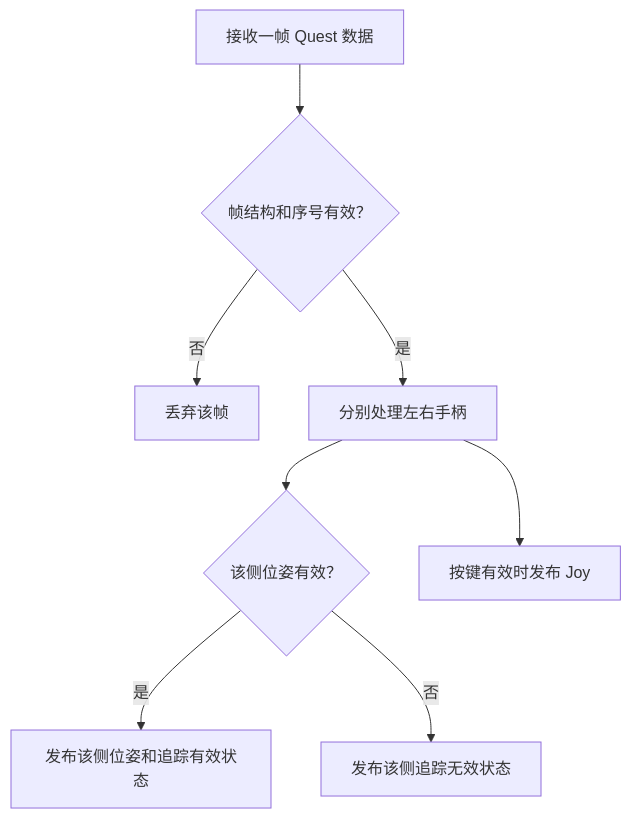
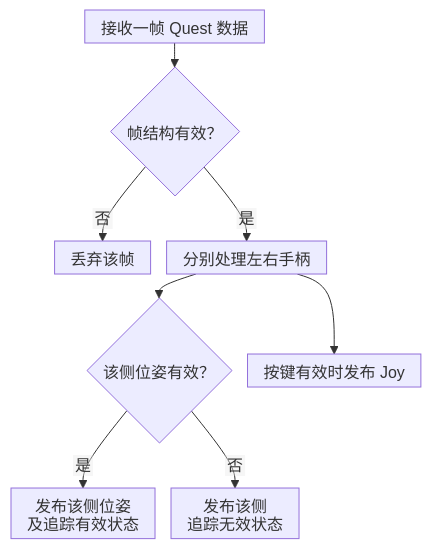
The second of 4 diagrams in 3、Topic.md (YYxzz8866/Quest-Proposal), drawn with Mermaid before and after one commit. The commit also changed other lines of this file and 9 other files, not shown here.

````diff
--- a/3、Topic.md
+++ b/3、Topic.md
@@ -61,19 +62,20 @@
 ```mermaid
+%%{init: {"htmlLabels": false, "flowchart": {"htmlLabels": false, "useMaxWidth": true, "nodeSpacing": 16, "rankSpacing": 24, "padding": 8}}}%%
 flowchart TD
     Receive["接收一帧 Quest 数据"]
-    Check{"帧结构和序号有效？"}
+    Check{"帧结构有效？"}
     Drop["丢弃该帧"]
     Side["分别处理左右手柄"]
     Pose{"该侧位姿有效？"}
-    Publish["发布该侧位姿和追踪有效状态"]
-    Invalid["发布该侧追踪无效状态"]
+    Publish["发布该侧位姿<br/>及追踪有效状态"]
+    Invalid["发布该侧<br/>追踪无效状态"]
     Joy["按键有效时发布 Joy"]
 
     Receive --> Check
     Check -->|否| Drop
     Check -->|是| Side
     Side --> Pose
     Side --> Joy
     Pose -->|是| Publish
     Pose -->|否| Invalid
 ```
````
